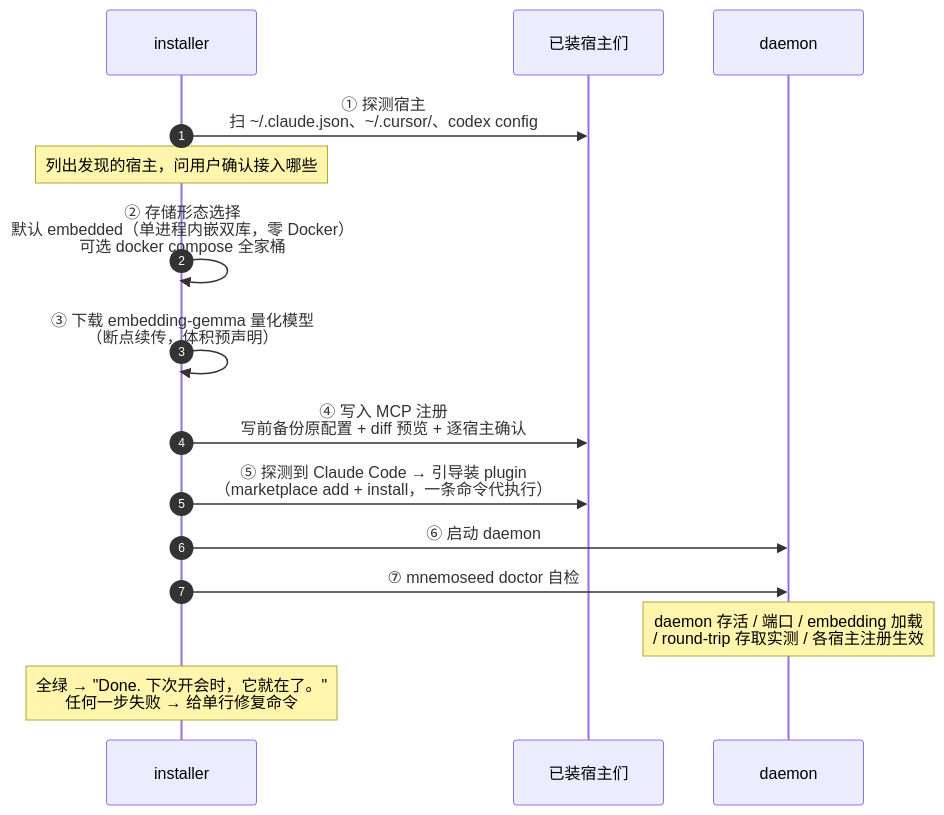
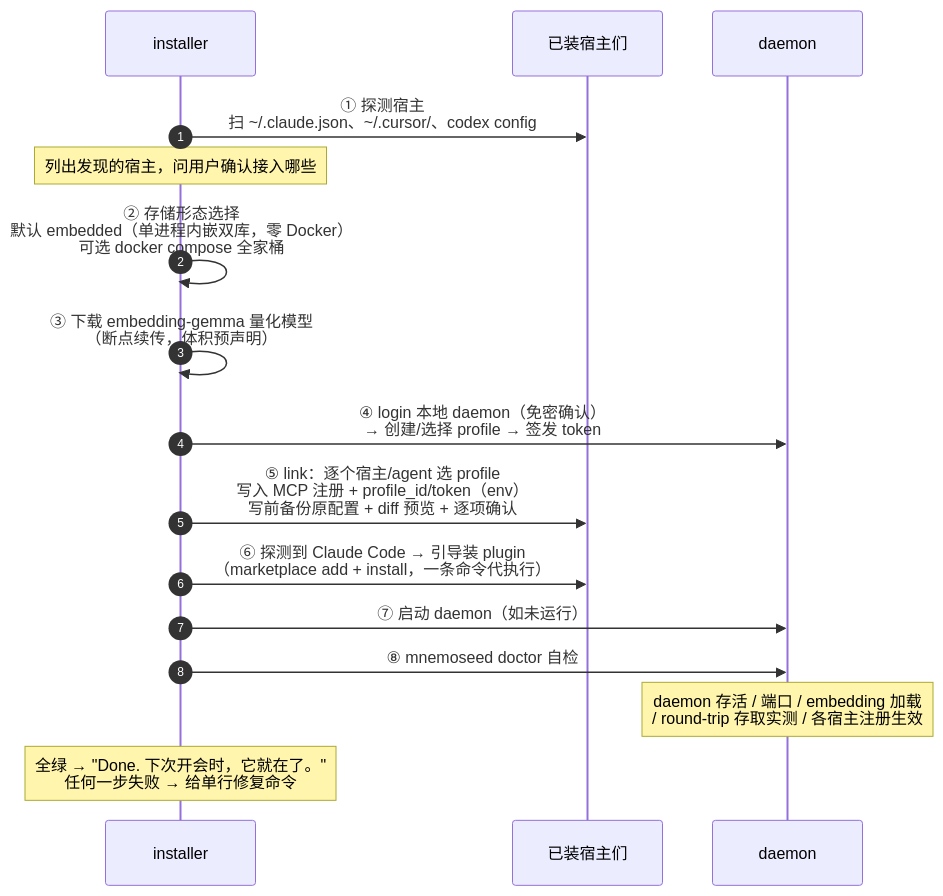
The third of 4 diagrams in docs/design/06-接入与安装体验.md (MnemoSeed/mnemoseed), drawn with Mermaid before and after one commit. The commit also changed other lines of this file and 6 other files, not shown here.

Commit message:
docs: profile 凭证身份模型定稿（design/06 §2.5 login/link/token，daemon 只验证不推断）；新增 design/07 管理控制台 + PRD-07；存储层升级 ports&adapters 可插拔架构（design/03 §1，M0 接口+双驱动）；PRD-00 路线图补 PRD-06/07 与 M0 出口标准

````diff
--- a/docs/design/06-接入与安装体验.md
+++ b/docs/design/06-接入与安装体验.md
@@ -80,17 +108,18 @@
 ```mermaid
 sequenceDiagram
     autonumber
     participant I as installer
     participant H as 已装宿主们
     participant D as daemon
     I->>H: ① 探测宿主<br/>扫 ~/.claude.json、~/.cursor/、codex config
     Note over I: 列出发现的宿主，问用户确认接入哪些
     I->>I: ② 存储形态选择<br/>默认 embedded（单进程内嵌双库，零 Docker）<br/>可选 docker compose 全家桶
     I->>I: ③ 下载 embedding-gemma 量化模型<br/>（断点续传，体积预声明）
-    I->>H: ④ 写入 MCP 注册<br/>写前备份原配置 + diff 预览 + 逐宿主确认
-    I->>H: ⑤ 探测到 Claude Code → 引导装 plugin<br/>（marketplace add + install，一条命令代执行）
-    I->>D: ⑥ 启动 daemon
-    I->>D: ⑦ mnemoseed doctor 自检
+    I->>D: ④ login 本地 daemon（免密确认）<br/>→ 创建/选择 profile → 签发 token
+    I->>H: ⑤ link：逐个宿主/agent 选 profile<br/>写入 MCP 注册 + profile_id/token（env）<br/>写前备份原配置 + diff 预览 + 逐项确认
+    I->>H: ⑥ 探测到 Claude Code → 引导装 plugin<br/>（marketplace add + install，一条命令代执行）
+    I->>D: ⑦ 启动 daemon（如未运行）
+    I->>D: ⑧ mnemoseed doctor 自检
     Note over D: daemon 存活 / 端口 / embedding 加载<br/>/ round-trip 存取实测 / 各宿主注册生效
     Note over I: 全绿 → "Done. 下次开会时，它就在了。"<br/>任何一步失败 → 给单行修复命令
 ```
````
